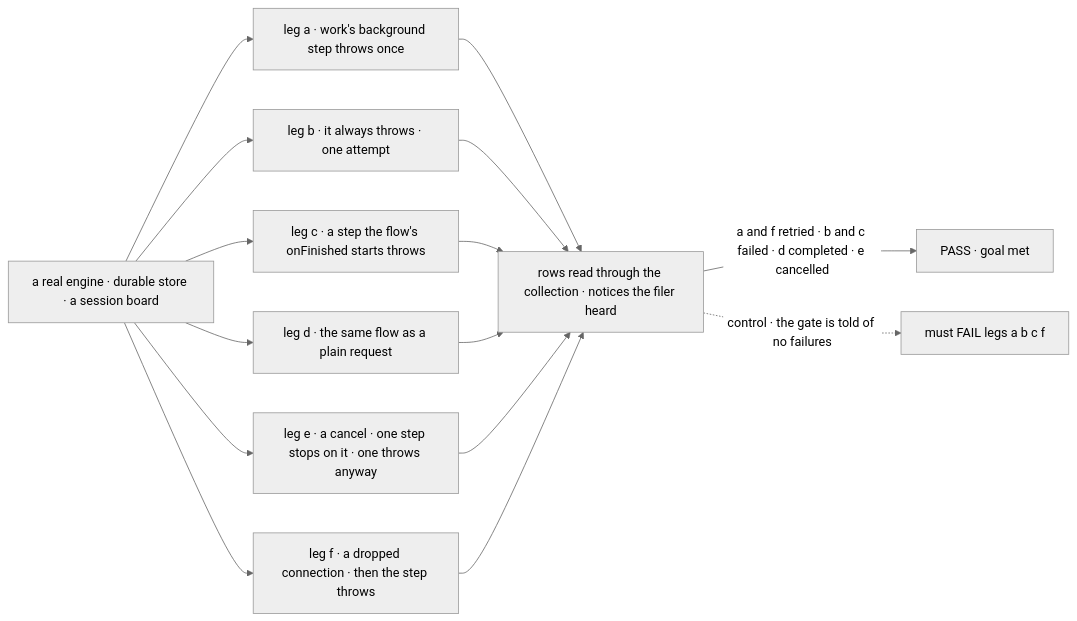
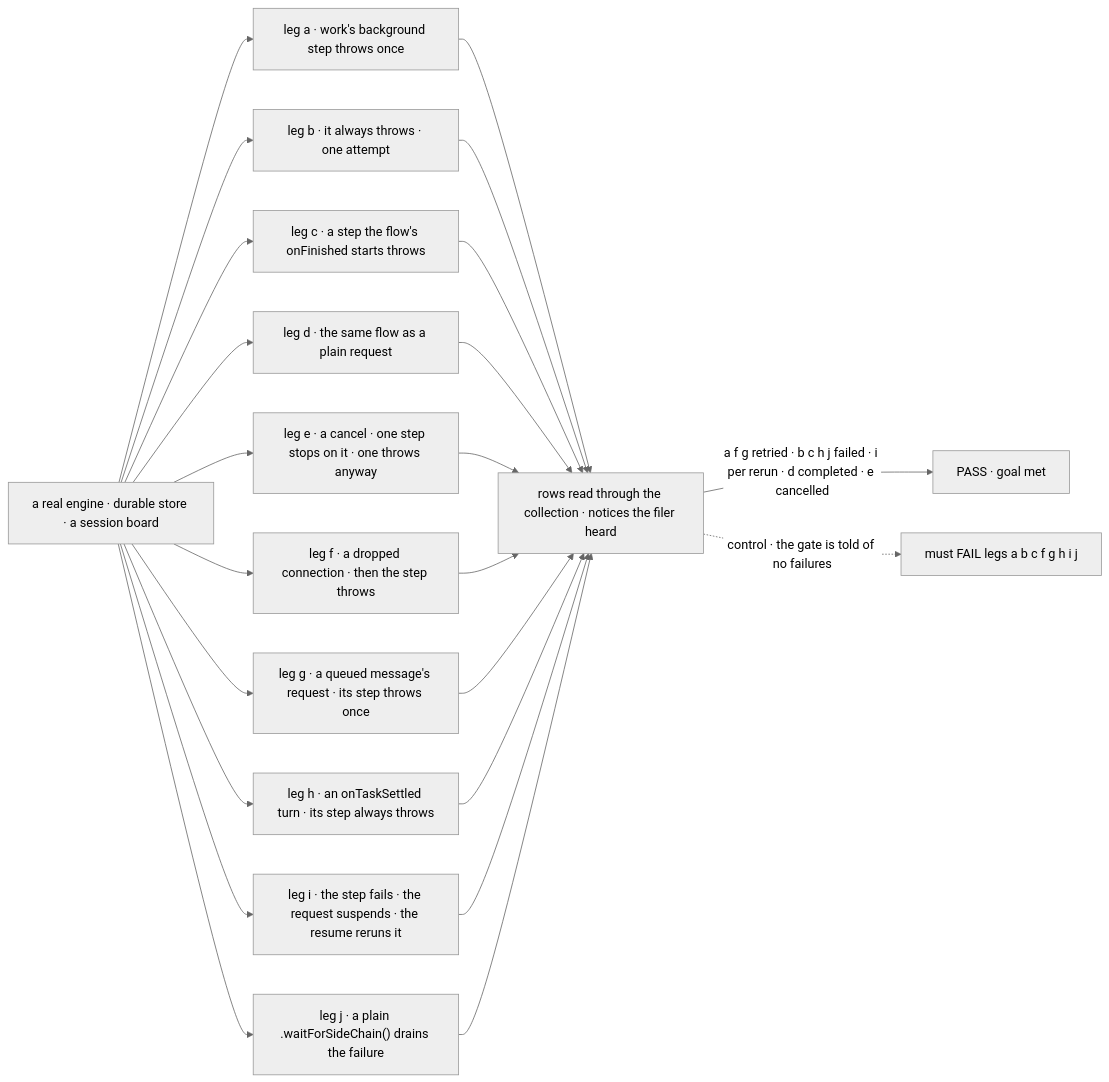
One commit to fixpoint-labs/flow-state-dev changed the first of 2 diagrams in specs/issues/FIX-2088/SPEC.md. Above: the diagram before and after it, drawn with Mermaid (neutral theme). The commit also changed other lines of this file and 1 other file, not shown here.

First line of the commit message:
spec(FIX-2088): review round 2 — legs for every admitted request, resume reruns decide, D3 open

````diff
--- a/specs/issues/FIX-2088/SPEC.md
+++ b/specs/issues/FIX-2088/SPEC.md
@@ -28,17 +28,25 @@
 ```mermaid
 flowchart LR
   A["a real engine · durable store · a session board"] --> L1["leg a · work's background step throws once"]
   A --> L2["leg b · it always throws · one attempt"]
   A --> L3["leg c · a step the flow's onFinished starts throws"]
   A --> L4["leg d · the same flow as a plain request"]
   A --> L5["leg e · a cancel · one step stops on it · one throws anyway"]
   A --> L6["leg f · a dropped connection · then the step throws"]
+  A --> L7["leg g · a queued message's request · its step throws once"]
+  A --> L8["leg h · an onTaskSettled turn · its step always throws"]
+  A --> L9["leg i · the step fails · the request suspends · the resume reruns it"]
+  A --> L10["leg j · a plain .waitForSideChain() drains the failure"]
   L1 --> R["rows read through the collection · notices the filer heard"]
   L2 --> R
   L3 --> R
   L4 --> R
   L5 --> R
   L6 --> R
-  R -->|"a and f retried · b and c failed · d completed · e cancelled"| P["PASS · goal met"]
-  R -.->|"control · the gate is told of no failures"| F["must FAIL legs a b c f"]
+  L7 --> R
+  L8 --> R
+  L9 --> R
+  L10 --> R
+  R -->|"a f g retried · b c h j failed · i per rerun · d completed · e cancelled"| P["PASS · goal met"]
+  R -.->|"control · the gate is told of no failures"| F["must FAIL legs a b c f g h i j"]
 ```
````
